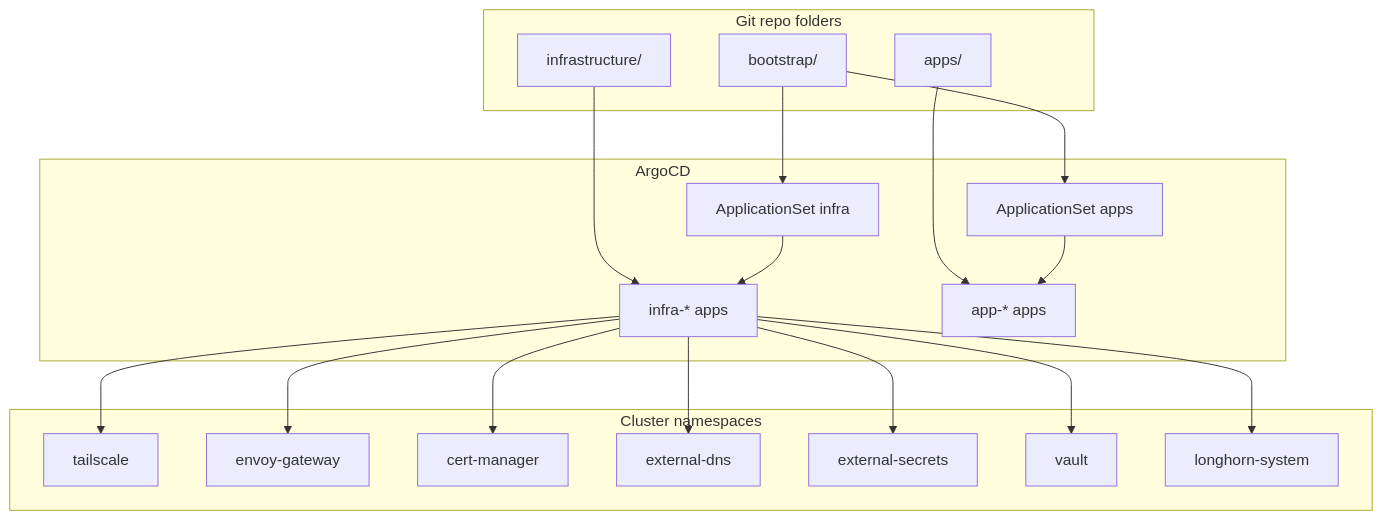
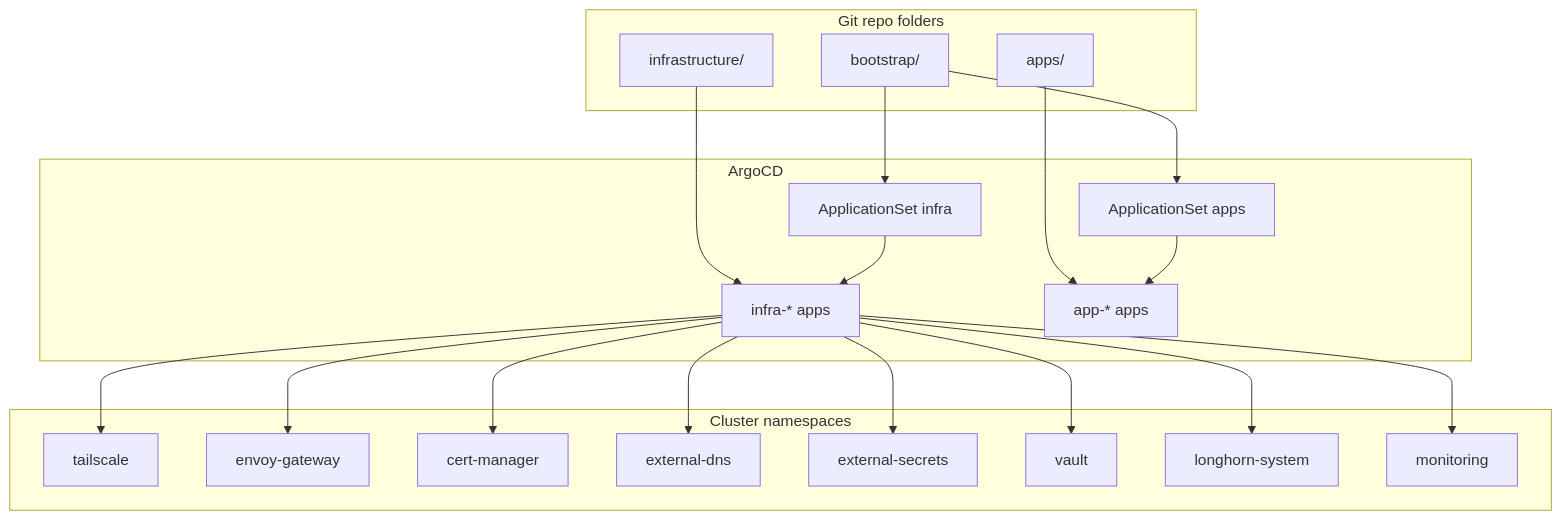
The diagram in docs/docs/reference/infrastructure-components.md (nsudhanva/homelab), drawn with Mermaid before and after one commit. The commit also changed other lines of this file and 14 other files, not shown here.

````diff
--- a/docs/docs/reference/infrastructure-components.md
+++ b/docs/docs/reference/infrastructure-components.md
@@ -10,39 +10,41 @@
 ```mermaid
 flowchart TB
   subgraph Git["Git repo folders"]
     Boot["bootstrap/"]
     Infra["infrastructure/"]
     Apps["apps/"]
   end
 
   subgraph Argo["ArgoCD"]
     AppSetInfra["ApplicationSet infra"]
     AppSetApps["ApplicationSet apps"]
     InfraApps["infra-* apps"]
     UserApps["app-* apps"]
   end
 
   subgraph Cluster["Cluster namespaces"]
     Tailscale["tailscale"]
     Envoy["envoy-gateway"]
     Cert["cert-manager"]
     ExtDNS["external-dns"]
     ExtSecrets["external-secrets"]
     Vault["vault"]
     Longhorn["longhorn-system"]
+    Monitoring["monitoring"]
   end
 
   Boot --> AppSetInfra
   Boot --> AppSetApps
   Infra --> InfraApps
   Apps --> UserApps
   AppSetInfra --> InfraApps
   AppSetApps --> UserApps
   InfraApps --> Tailscale
   InfraApps --> Envoy
   InfraApps --> Cert
   InfraApps --> ExtDNS
   InfraApps --> ExtSecrets
   InfraApps --> Vault
   InfraApps --> Longhorn
+  InfraApps --> Monitoring
 ```
````
